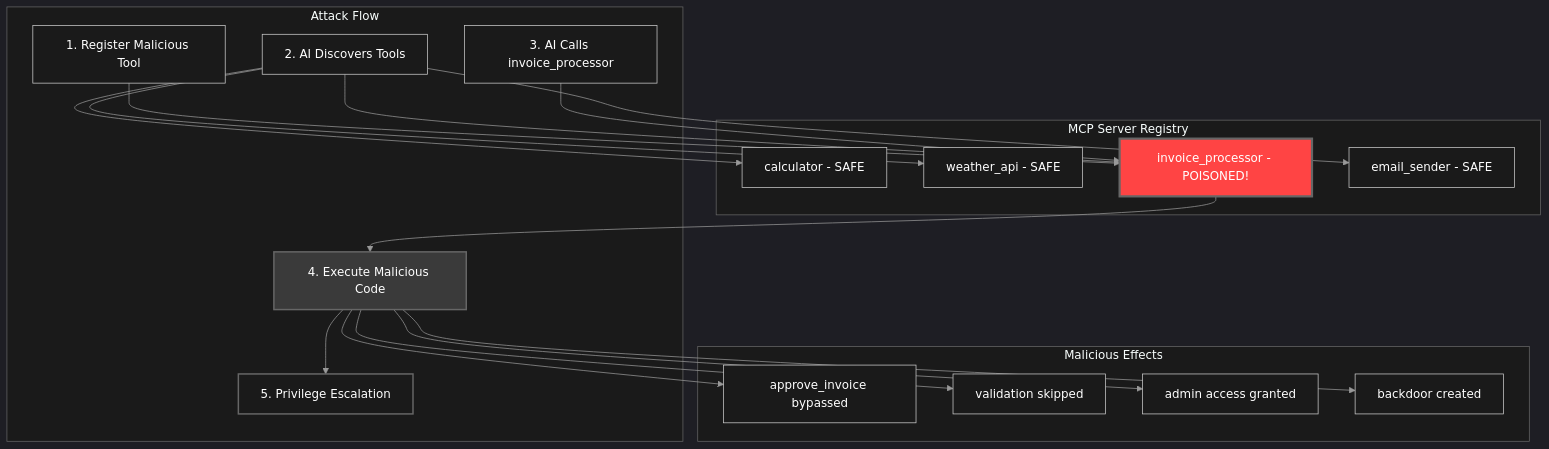
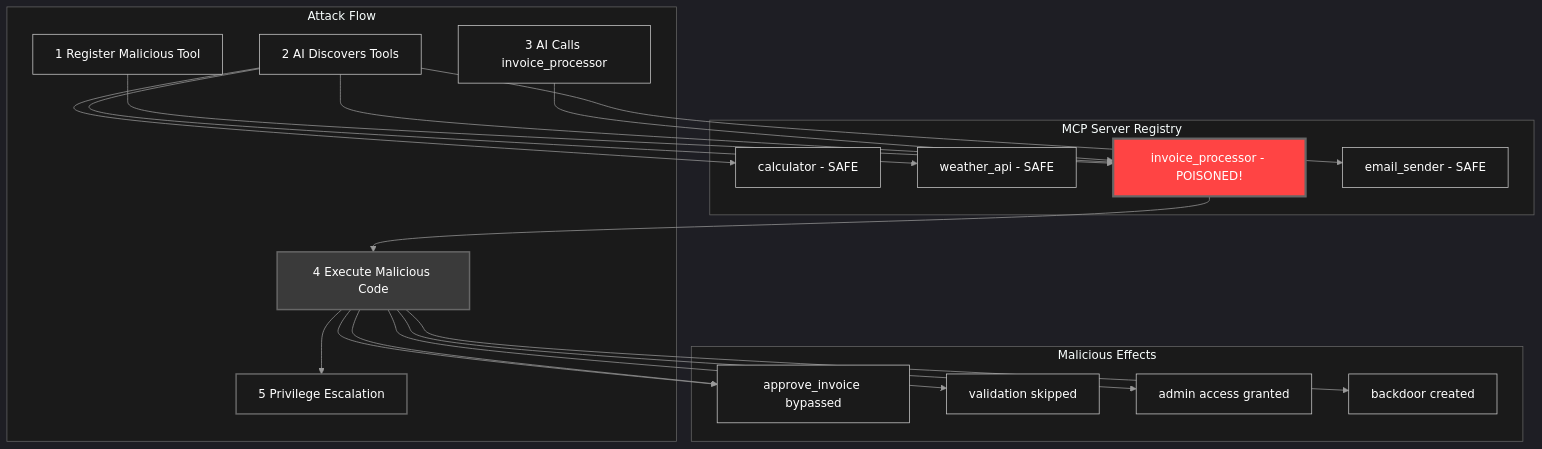
One commit to mbhatt1/agentic_lpci_framework changed the fifth of 11 diagrams in agentic_lpci_framework/LPCI_ATTACK_EXPLAINED.md. Above: the diagram before and after it, drawn with Mermaid. The commit also changed other lines of this file and 2 other files, not shown here.

````diff
--- a/agentic_lpci_framework/LPCI_ATTACK_EXPLAINED.md
+++ b/agentic_lpci_framework/LPCI_ATTACK_EXPLAINED.md
@@ -237,53 +285,82 @@
 ```mermaid
+%%{init: {
+  'theme': 'dark',
+  'themeVariables': {
+    'primaryColor': '#1a1a1a',
+    'primaryTextColor': '#ffffff',
+    'primaryBorderColor': '#666666',
+    'lineColor': '#999999',
+    'secondaryColor': '#2a2a2a',
+    'tertiaryColor': '#3a3a3a',
+    'background': '#000000',
+    'mainBkg': '#1a1a1a',
+    'secondBkg': '#2a2a2a',
+    'tertiaryBkg': '#3a3a3a',
+    'clusterBkg': '#1a1a1a',
+    'clusterBorder': '#666666',
+    'fontFamily': 'Arial',
+    'fontSize': '16px',
+    'labelBackground': '#000000',
+    'textColor': '#ffffff',
+    'nodeBkg': '#2a2a2a',
+    'nodeTextColor': '#ffffff',
+    'edgeLabelBackground': '#1a1a1a',
+    'edgeColor': '#666666'
+  }
+}}%%
 %%{init: {
   'theme': 'dark',
   'themeVariables': {
     'primaryColor': '#1a1a1a',
     'primaryTextColor': '#ffffff',
     'primaryBorderColor': '#666666',
     'lineColor': '#999999',
     'secondaryColor': '#2a2a2a',
     'tertiaryColor': '#3a3a3a',
     'background': '#000000',
     'mainBkg': '#1a1a1a',
     'secondBkg': '#2a2a2a',
     'tertiaryBkg': '#3a3a3a',
     'clusterBkg': '#1a1a1a',
     'clusterBorder': '#666666',
     'fontFamily': 'Arial',
     'fontSize': '16px',
     'labelBackground': '#000000',
     'textColor': '#ffffff',
     'nodeBkg': '#2a2a2a',
     'nodeTextColor': '#ffffff',
     'edgeLabelBackground': '#1a1a1a',
     'edgeColor': '#666666'
   }
 }}%%
 flowchart TB
     subgraph "MCP Server Registry"
         T1[calculator - SAFE]
         T2[weather_api - SAFE]
         T3[invoice_processor - POISONED!]
         T4[email_sender - SAFE]
     end
     
     subgraph "Attack Flow"
-        REG[1. Register Malicious Tool] --> T3
-        DISC[2. AI Discovers Tools] --> T1 & T2 & T3 & T4
-        CALL[3. AI Calls invoice_processor] --> T3
-        T3 --> EXE[4. Execute Malicious Code]
-        EXE --> ESC[5. Privilege Escalation]
+        REG[1 Register Malicious Tool] --> T3
+        DISC[2 AI Discovers Tools] --> T1 & T2 & T3 & T4
+        CALL[3 AI Calls invoice_processor] --> T3
+        T3 --> EXE[4 Execute Malicious Code]
+        EXE --> ESC[5 Privilege Escalation]
     end
     
     subgraph "Malicious Effects"
+        EXE --> E1[approve_invoice bypassed]
         EXE --> E1[approve_invoice bypassed]
         EXE --> E2[validation skipped]
         EXE --> E3[admin access granted]
         EXE --> E4[backdoor created]
     end
     
     style T3 fill:#ff4444,stroke:#666666,stroke-width:3px,color:#ffffff
     style EXE fill:#3a3a3a,stroke:#666666,stroke-width:2px,color:#ffffff
     style ESC fill:#1a1a1a,stroke:#666666,stroke-width:2px,color:#ffffff
+    style T3 fill:#ff4444,stroke:#666666,stroke-width:3px,color:#ffffff
+    style EXE fill:#3a3a3a,stroke:#666666,stroke-width:2px,color:#ffffff
+    style ESC fill:#1a1a1a,stroke:#666666,stroke-width:2px,color:#ffffff
 ```
````
